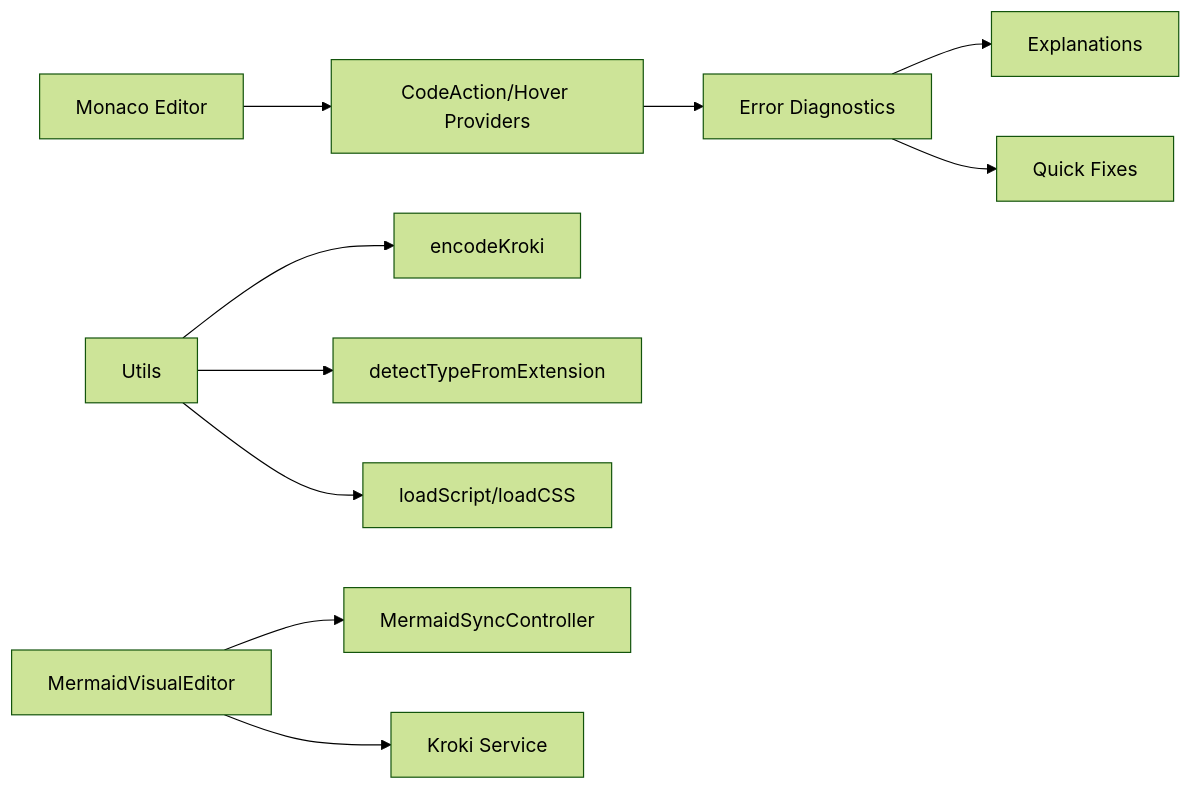
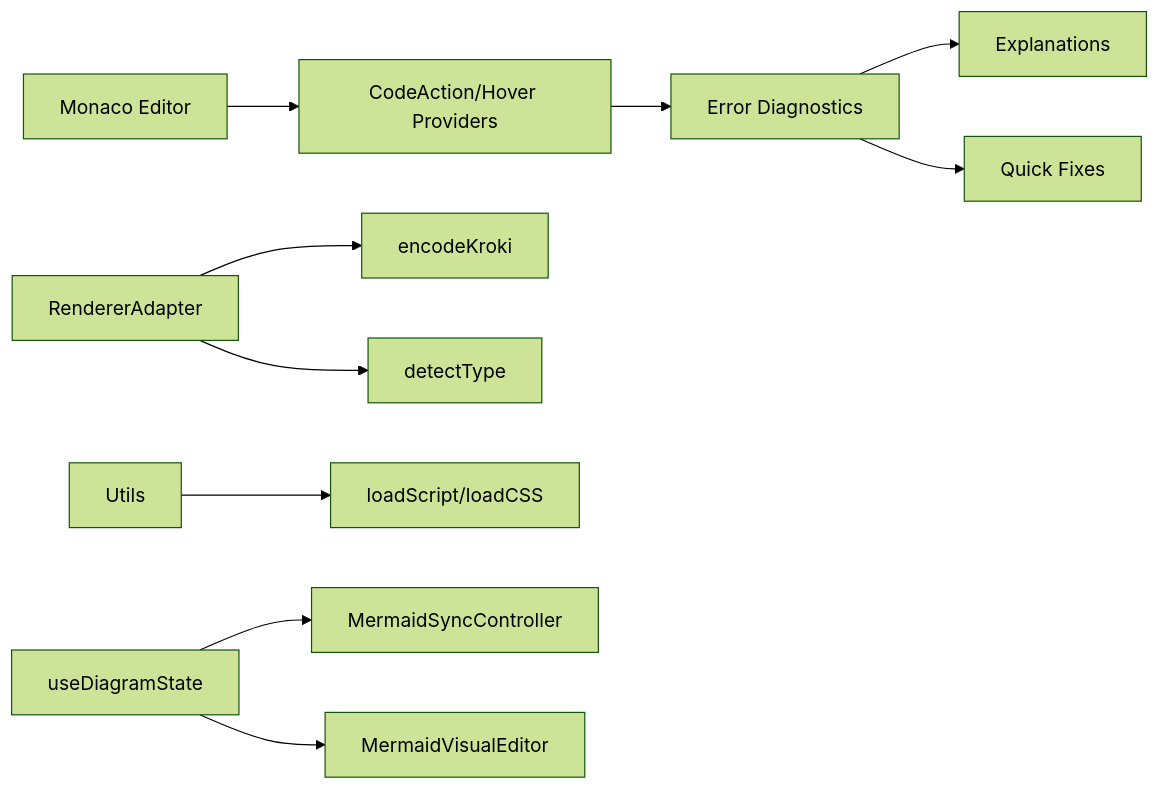
Before and after one commit to ongchonghian/universal-diagram-editor: the sixth of 7 diagrams in .qoder/repowiki/en/content/Diagram Types and Formats/Diagram Types and Formats.md, drawn with Mermaid (forest theme). The commit also changed other lines of this file and 31 other files, not shown here.

````diff
--- a/.qoder/repowiki/en/content/Diagram Types and Formats/Diagram Types and Formats.md
+++ b/.qoder/repowiki/en/content/Diagram Types and Formats/Diagram Types and Formats.md
@@ -357,12 +325,12 @@
 ```mermaid
 graph LR
 Monaco["Monaco Editor"] --> Providers["CodeAction/Hover Providers"]
 Providers --> Diag["Error Diagnostics"]
 Diag --> Explan["Explanations"]
 Diag --> Fixes["Quick Fixes"]
-Utils["Utils"] --> Encode["encodeKroki"]
-Utils --> Detect["detectTypeFromExtension"]
-Utils --> Load["loadScript/loadCSS"]
-Mermaid["MermaidVisualEditor"] --> Sync["MermaidSyncController"]
-Mermaid --> Kroki["Kroki Service"]
+Adapter["RendererAdapter"] --> Encode["encodeKroki"]
+Adapter --> Detect["detectType"]
+Utils["Utils"] --> Load["loadScript/loadCSS"]
+Hook["useDiagramState"] --> Sync["MermaidSyncController"]
+Hook --> Mermaid["MermaidVisualEditor"]
 ```
````
